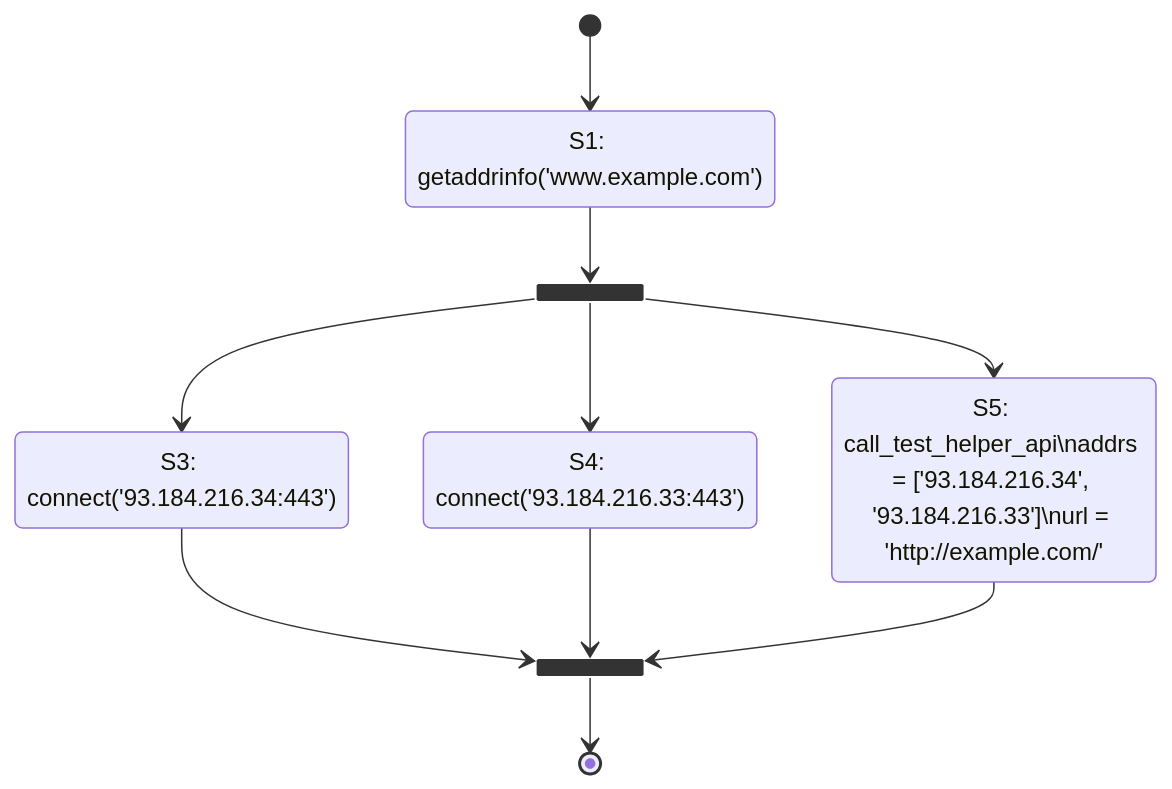
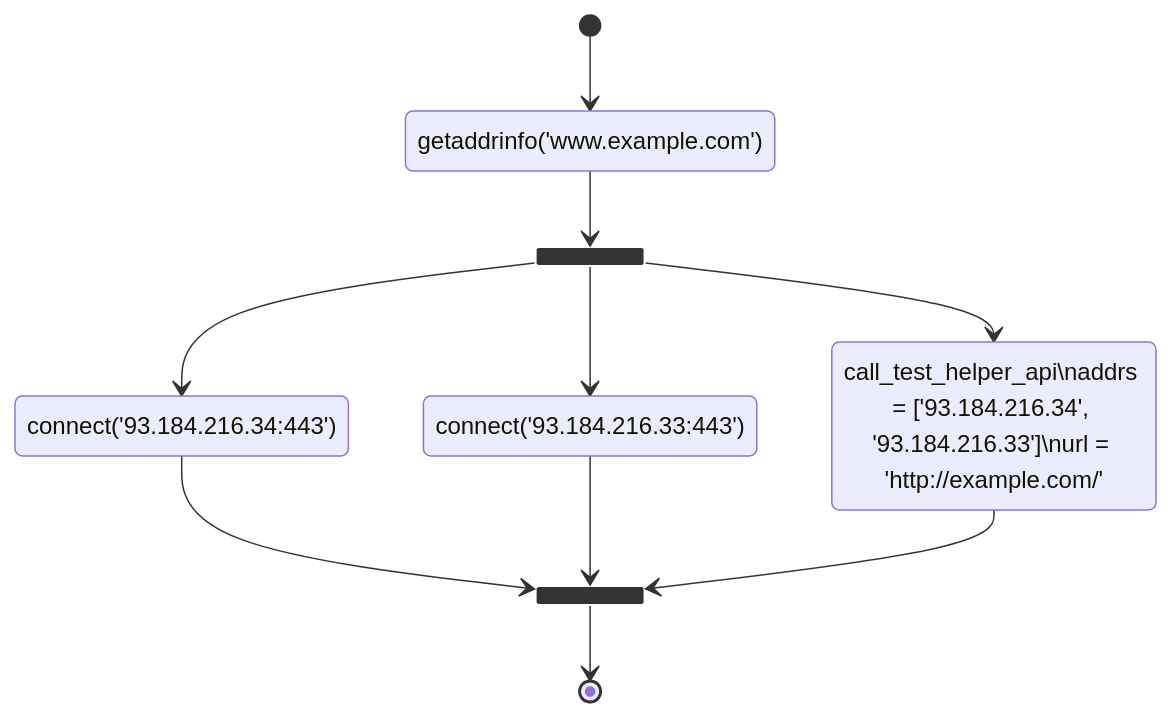
The first of 2 diagrams in nettests/ts-017-web-connectivity.md (ooni/spec), drawn with Mermaid before and after one commit. The commit also changed other lines of this file, not shown here.

````diff
--- a/nettests/ts-017-web-connectivity.md
+++ b/nettests/ts-017-web-connectivity.md
@@ -123,18 +123,18 @@
 ```mermaid
 stateDiagram-v2
-  state "S1: getaddrinfo('www.example.com')" as S1
+  state "getaddrinfo('www.example.com')" as S1
   [*] --> S1
   state S2 <<fork>>
   S1 --> S2
-  state "S3: connect('93.184.216.34:443')" as S3
-  state "S4: connect('93.184.216.33:443')" as S4
+  state "connect('93.184.216.34:443')" as S3
+  state "connect('93.184.216.33:443')" as S4
   S2 --> S3
   S2 --> S4
-  state "S5: call_test_helper_api\naddrs = ['93.184.216.34', '93.184.216.33']\nurl = 'http://example.com/'" as S5
+  state "call_test_helper_api\naddrs = ['93.184.216.34', '93.184.216.33']\nurl = 'http://example.com/'" as S5
   S2 --> S5
   state S6 <<join>>
   S3 --> S6
   S4 --> S6
   S5 --> S6
   S6 --> [*]
 ```
````
